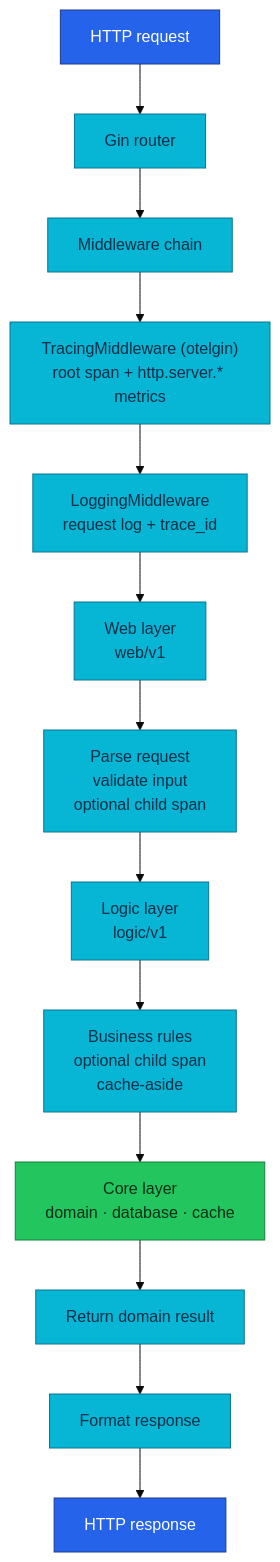
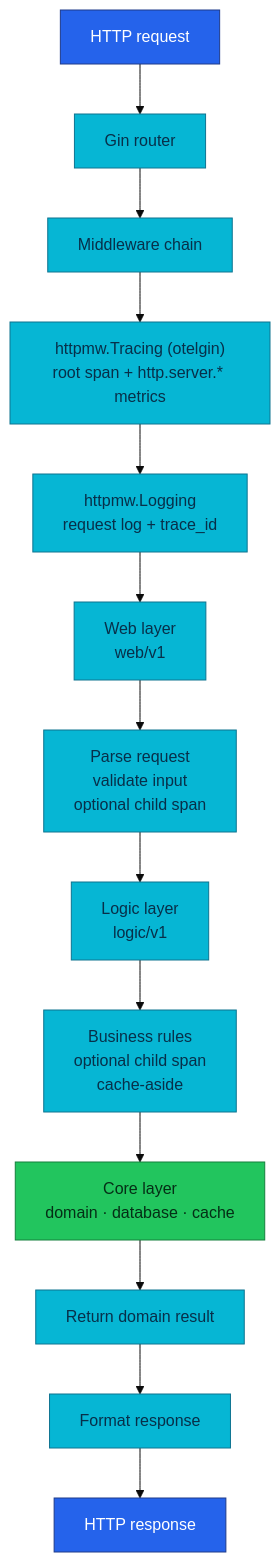
One commit to duynhlab/homelab changed the third of 5 diagrams in docs/observability/README.md. Above: the diagram before and after it, drawn with Mermaid (base theme). The commit also changed other lines of this file and 12 other files, not shown here.

````diff
--- a/docs/observability/README.md
+++ b/docs/observability/README.md
@@ -145,25 +145,25 @@
 ```mermaid
 graph TD
     A["HTTP request"] --> B["Gin router"]
     B --> C["Middleware chain"]
 
-    C --> D["TracingMiddleware (otelgin)<br/>root span + http.server.* metrics"]
-    D --> E["LoggingMiddleware<br/>request log + trace_id"]
+    C --> D["httpmw.Tracing (otelgin)<br/>root span + http.server.* metrics"]
+    D --> E["httpmw.Logging<br/>request log + trace_id"]
 
     E --> H["Web layer<br/>web/v1"]
     H --> J["Parse request<br/>validate input<br/>optional child span"]
     J --> L["Logic layer<br/>logic/v1"]
     L --> N["Business rules<br/>optional child span<br/>cache-aside"]
     N --> O["Core layer<br/>domain · database · cache"]
 
     O --> P["Return domain result"]
     P --> Q["Format response"]
     Q --> R["HTTP response"]
 
     classDef edge fill:#2563eb,color:#fff,stroke:#1e3a8a;
     classDef service fill:#06b6d4,color:#082f49,stroke:#0e7490;
     classDef data fill:#22c55e,color:#052e16,stroke:#15803d;
     class A,R edge;
     class B,C,D,E,H,J,L,N,P,Q service;
     class O data;
 ```
````
